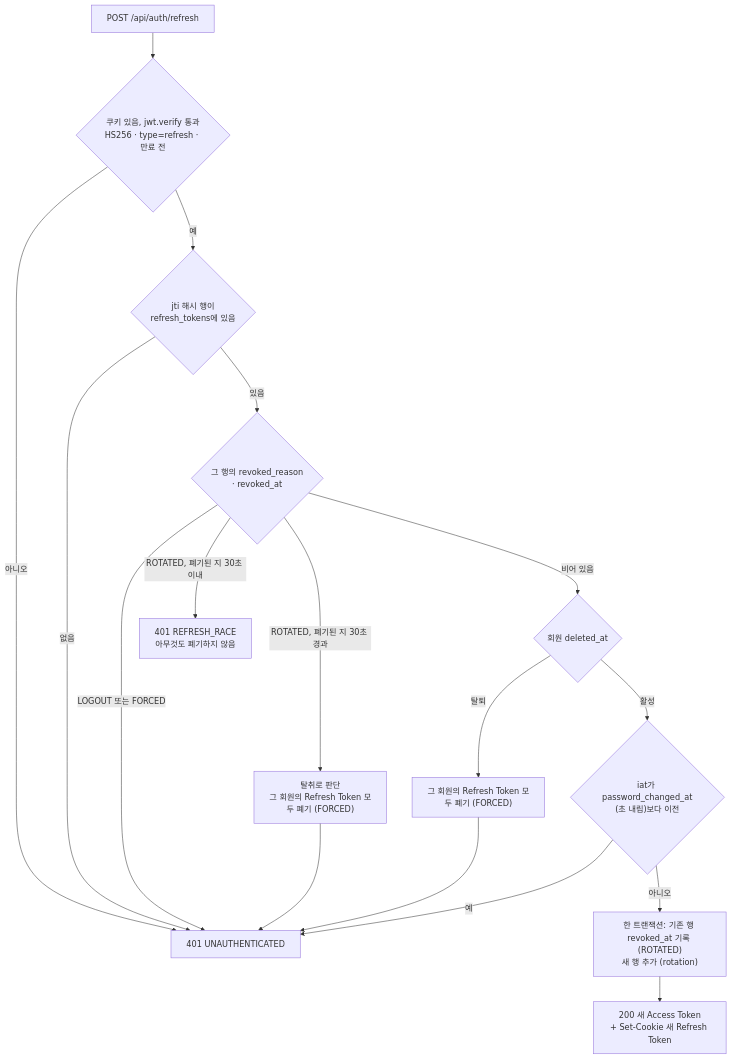
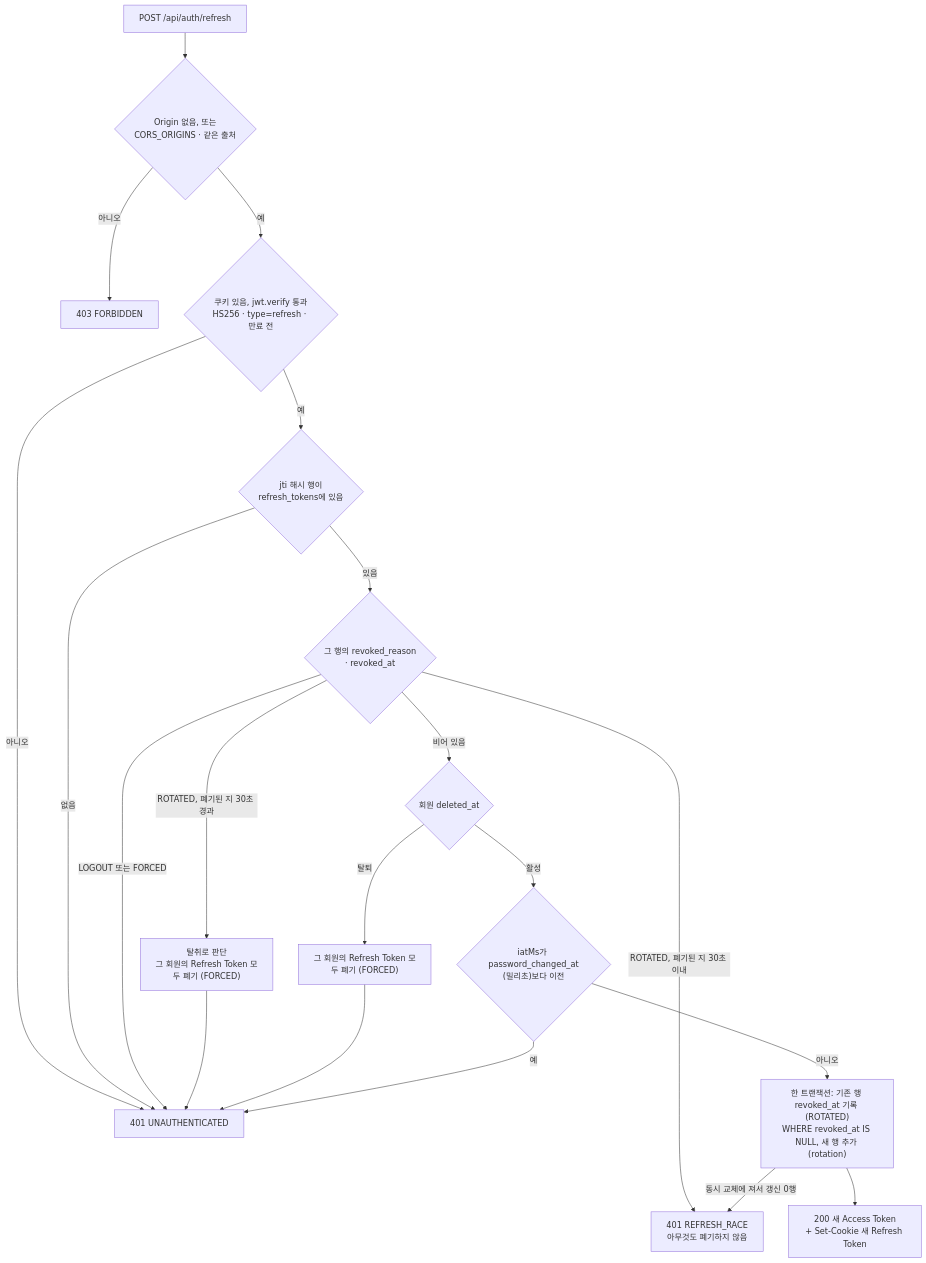
One commit to uokevin-hash/cal-todo changed the fourth of 7 diagrams in docs/6-arch-diagram.md. Above: the diagram before and after it, drawn with Mermaid. The commit also changed other lines of this file and 12 other files, not shown here.

````diff
--- a/docs/6-arch-diagram.md
+++ b/docs/6-arch-diagram.md
@@ -151,19 +157,22 @@
 ```mermaid
 flowchart TD
-    A["POST /api/auth/refresh"] --> Q1{"쿠키 있음, jwt.verify 통과<br/>HS256 · type=refresh · 만료 전"}
+    A["POST /api/auth/refresh"] --> Q0{"Origin 없음, 또는<br/>CORS_ORIGINS · 같은 출처"}
+    Q0 -->|"아니오"| FB["403 FORBIDDEN"]
+    Q0 -->|"예"| Q1{"쿠키 있음, jwt.verify 통과<br/>HS256 · type=refresh · 만료 전"}
     Q1 -->|"아니오"| UA["401 UNAUTHENTICATED"]
     Q1 -->|"예"| Q2{"jti 해시 행이<br/>refresh_tokens에 있음"}
     Q2 -->|"없음"| UA
     Q2 -->|"있음"| Q3{"그 행의 revoked_reason<br/>· revoked_at"}
     Q3 -->|"LOGOUT 또는 FORCED"| UA
     Q3 -->|"ROTATED, 폐기된 지 30초 이내"| RACE["401 REFRESH_RACE<br/>아무것도 폐기하지 않음"]
     Q3 -->|"ROTATED, 폐기된 지 30초 경과"| THEFT["탈취로 판단<br/>그 회원의 Refresh Token 모두 폐기 (FORCED)"]
     THEFT --> UA
     Q3 -->|"비어 있음"| Q4{"회원 deleted_at"}
     Q4 -->|"탈퇴"| REVOKE["그 회원의 Refresh Token 모두 폐기 (FORCED)"]
     REVOKE --> UA
-    Q4 -->|"활성"| Q5{"iat가 password_changed_at<br/>(초 내림)보다 이전"}
+    Q4 -->|"활성"| Q5{"iatMs가 password_changed_at<br/>(밀리초)보다 이전"}
     Q5 -->|"예"| UA
-    Q5 -->|"아니오"| ROT["한 트랜잭션: 기존 행 revoked_at 기록 (ROTATED)<br/>새 행 추가 (rotation)"]
+    Q5 -->|"아니오"| ROT["한 트랜잭션: 기존 행 revoked_at 기록 (ROTATED)<br/>WHERE revoked_at IS NULL, 새 행 추가 (rotation)"]
+    ROT -->|"동시 교체에 져서 갱신 0행"| RACE
     ROT --> OK["200 새 Access Token<br/>+ Set-Cookie 새 Refresh Token"]
 ```
````
